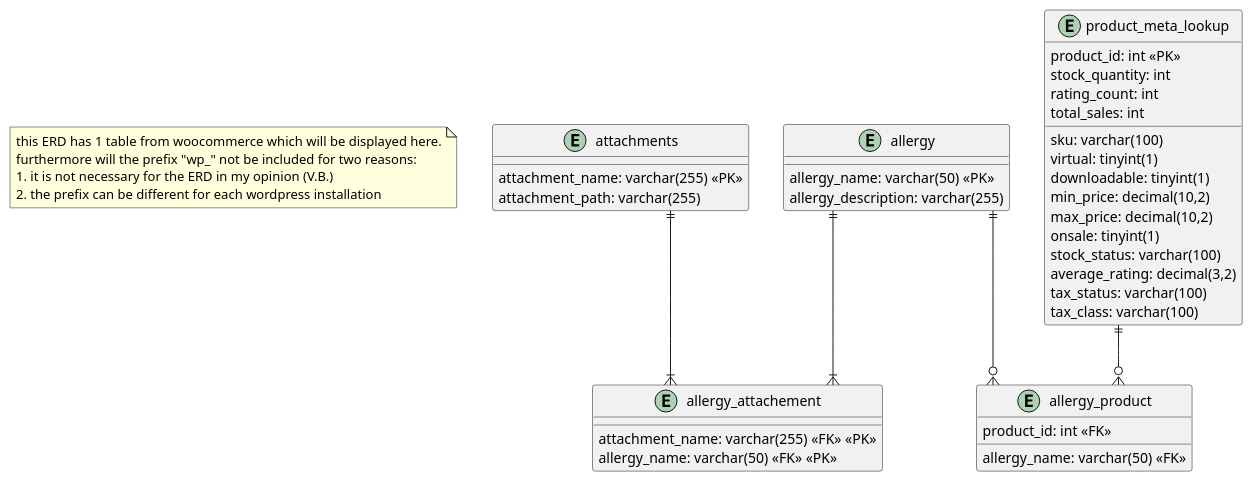
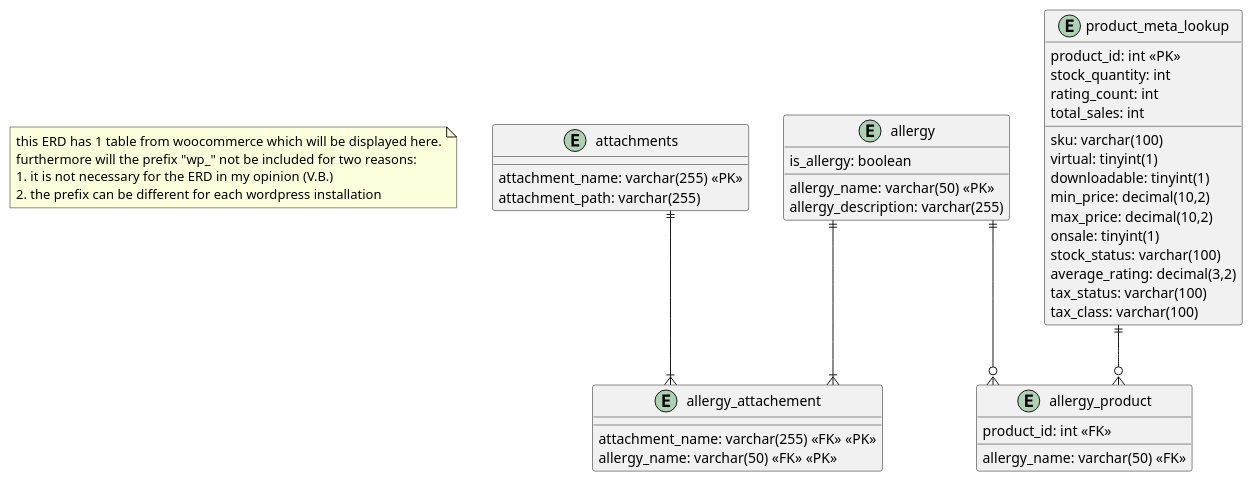
The diagram in UML/ERD.puml (VerdiB/wp_allergenen_pro), drawn with PlantUML before and after one commit. The commit also changed 7 other files, not shown here.

```diff
--- a/UML/ERD.puml
+++ b/UML/ERD.puml
@@ -2,52 +2,53 @@
 @startuml db-design
 skinparam Linetype ortho
 note as N1
 this ERD has 1 table from woocommerce which will be displayed here.
 furthermore will the prefix "wp_" not be included for two reasons:
 1. it is not necessary for the ERD in my opinion (V.B.)
 2. the prefix can be different for each wordpress installation
 end note
 
 entity "allergy"{
    allergy_name: varchar(50) <<PK>>
    allergy_description: varchar(255)
+   is_allergy: boolean   
 }
 
 entity "attachments"{
     attachment_name: varchar(255) <<PK>>
     attachment_path: varchar(255)
 }
 
 entity "allergy_attachement"{
     attachment_name: varchar(255) <<FK>> <<PK>>
     allergy_name: varchar(50) <<FK>> <<PK>>
 } 
 
 entity "allergy_product"{
    product_id: int <<FK>>
    allergy_name: varchar(50) <<FK>>
 }
 
 entity "product_meta_lookup"{
     product_id: int <<PK>>
     sku: varchar(100)
     virtual: tinyint(1)
     downloadable: tinyint(1)
     min_price: decimal(10,2)
     max_price: decimal(10,2)
     onsale: tinyint(1)
     stock_quantity: int
     stock_status: varchar(100)
     rating_count: int
     average_rating: decimal(3,2)
     total_sales: int
     tax_status: varchar(100)
     tax_class: varchar(100)
 }
 
 allergy ||--o{ allergy_product
 allergy ||--|{ allergy_attachement
 attachments ||--|{ allergy_attachement
 product_meta_lookup ||--o{ allergy_product
 
 @enduml
```
